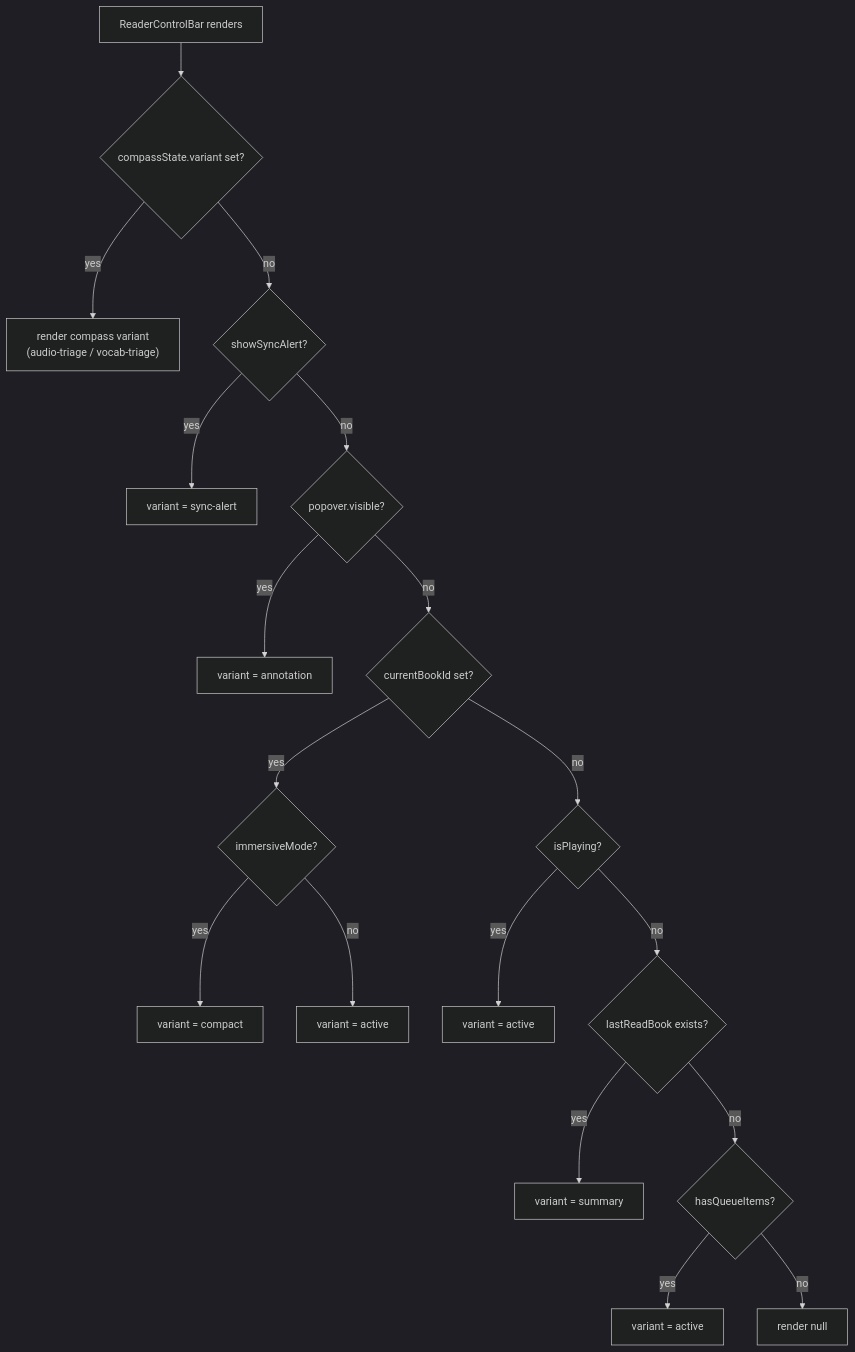
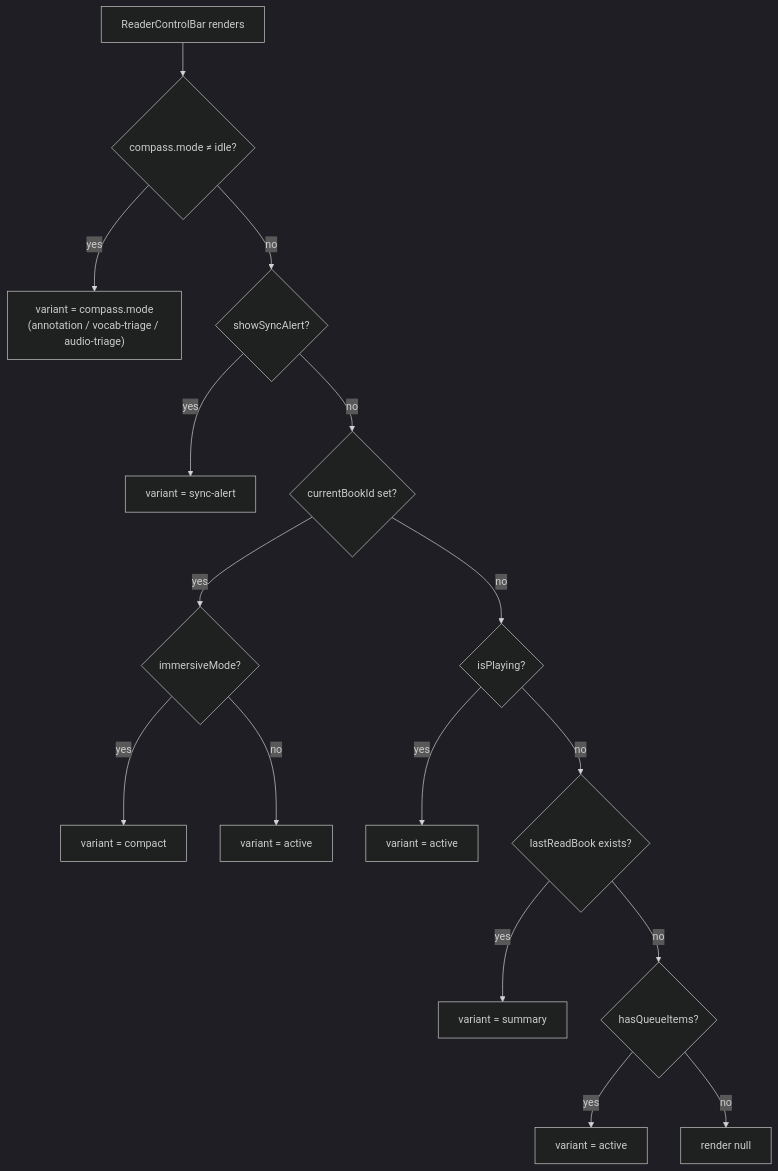
Before and after one commit to vrwarp/versicle: the sixth of 8 diagrams in docs/comprehensive/31-reader-ui-and-overlays.md, drawn with Mermaid (dark theme). The commit also changed other lines of this file and 23 other files, not shown here.

````diff
--- a/docs/comprehensive/31-reader-ui-and-overlays.md
+++ b/docs/comprehensive/31-reader-ui-and-overlays.md
@@ -620,31 +623,28 @@
 ```mermaid
 graph TD
     Start["ReaderControlBar renders"]
-    CS{"compassState.variant set?"}
+    CM{"compass.mode ≠ idle?"}
     SA{"showSyncAlert?"}
-    AM{"popover.visible?"}
     RA{"currentBookId set?"}
     IMM{"immersiveMode?"}
     PL{"isPlaying?"}
     LRB{"lastReadBook exists?"}
     HQ{"hasQueueItems?"}
     NULL["render null"]
 
-    Start --> CS
-    CS -- "yes" --> CompassVar["render compass variant\n(audio-triage / vocab-triage)"]
-    CS -- "no" --> SA
+    Start --> CM
+    CM -- "yes" --> Interaction["variant = compass.mode\n(annotation / vocab-triage / audio-triage)"]
+    CM -- "no" --> SA
     SA -- "yes" --> SyncAlert["variant = sync-alert"]
-    SA -- "no" --> AM
-    AM -- "yes" --> Annotation["variant = annotation"]
-    AM -- "no" --> RA
+    SA -- "no" --> RA
     RA -- "yes" --> IMM
     IMM -- "yes" --> Compact["variant = compact"]
     IMM -- "no" --> Active["variant = active"]
     RA -- "no" --> PL
     PL -- "yes" --> Active2["variant = active"]
     PL -- "no" --> LRB
     LRB -- "yes" --> Summary["variant = summary"]
     LRB -- "no" --> HQ
     HQ -- "yes" --> Active3["variant = active"]
     HQ -- "no" --> NULL
 ```
````
